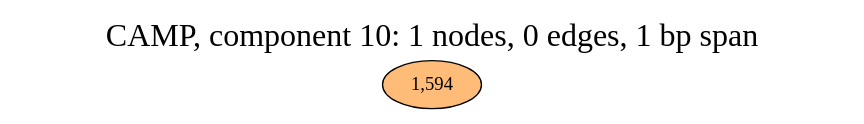
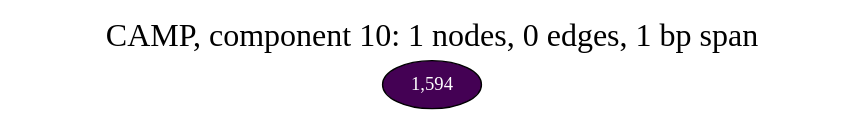
The diagram in notebooks/graphs/CAMP_cc10.gv (fedarko/sheepgut), drawn with Graphviz before and after one commit. The commit also changed 64 other files, not shown here.

Commit message:
use viridis for gene colors in LM graphs

```diff
--- a/notebooks/graphs/CAMP_cc10.gv
+++ b/notebooks/graphs/CAMP_cc10.gv
@@ -1,8 +1,8 @@
 graph CAMP_cc10 {
 	overlap="prism50";
 	outputorder="edgesfirst";
 	label="CAMP, component 10: 1 nodes, 0 edges, 1 bp span";
 	labelloc="t";
 	fontsize=24;
-	"1,594" [style="filled", fillcolor="#ffbb78", fontcolor="#000000"];
+	"1,594" [style="filled", fillcolor="#440154", fontcolor="#ffffff"];
 }
```
